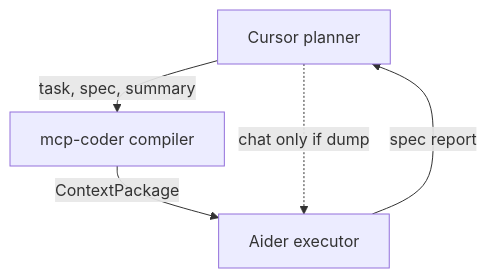
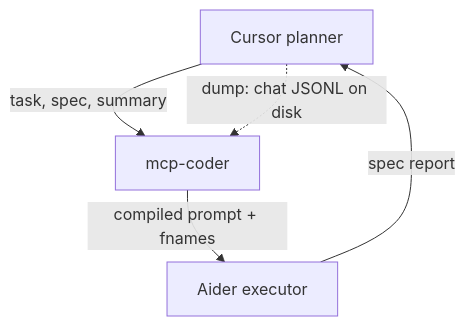
One commit to amirharati/mcp_coder changed the first of 7 diagrams in docs/guide/tutorials/04-context-compiler.md. Above: the diagram before and after it, drawn with Mermaid. The commit also changed other lines of this file and 1 other file, not shown here.

First line of the commit message:
docs(guide): fix T-04 playground and host-transcript diagram

````diff
--- a/docs/guide/tutorials/04-context-compiler.md
+++ b/docs/guide/tutorials/04-context-compiler.md
@@ -91,8 +94,8 @@
 ```mermaid
 %%{init: {'flowchart': {'nodeSpacing': 8, 'rankSpacing': 24}}}%%
 flowchart TB
-    P[Cursor planner] -->|task, spec, summary| C[mcp-coder compiler]
-    C -->|ContextPackage| E[Aider executor]
+    P[Cursor planner] -->|task, spec, summary| C[mcp-coder]
+    P -.->|dump: chat JSONL on disk| C
+    C -->|compiled prompt + fnames| E[Aider executor]
     E -->|spec report| P
-    P -.->|chat only if dump| E
 ```
````
